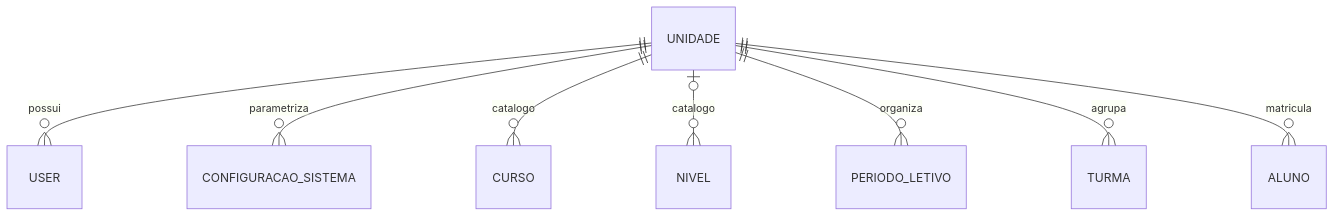
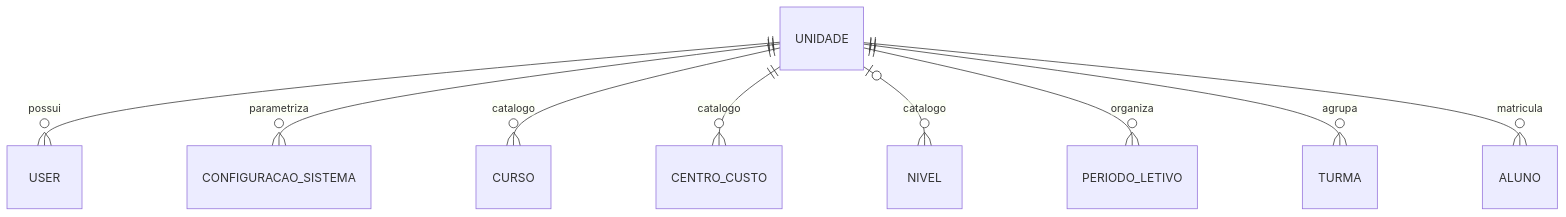
One commit to fmtic/pautaon changed the first of 7 diagrams in app/models/MER.md. Above: the diagram before and after it, drawn with Mermaid. The commit also changed other lines of this file and 15 other files, not shown here.

````diff
--- a/app/models/MER.md
+++ b/app/models/MER.md
@@ -192,10 +191,11 @@
 ```mermaid
 erDiagram
     UNIDADE ||--o{ USER : possui
     UNIDADE ||--o{ CONFIGURACAO_SISTEMA : parametriza
     UNIDADE ||--o{ CURSO : catalogo
+    UNIDADE ||--o{ CENTRO_CUSTO : catalogo
     UNIDADE |o--o{ NIVEL : catalogo
     UNIDADE ||--o{ PERIODO_LETIVO : organiza
     UNIDADE ||--o{ TURMA : agrupa
     UNIDADE ||--o{ ALUNO : matricula
 ```
````
